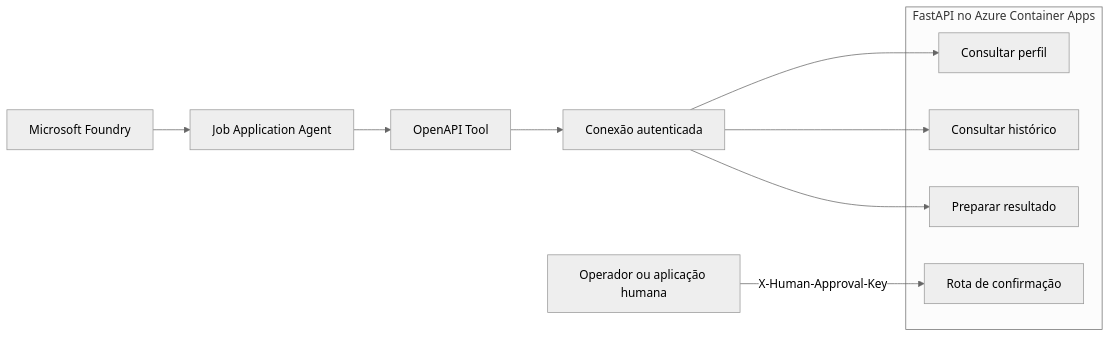
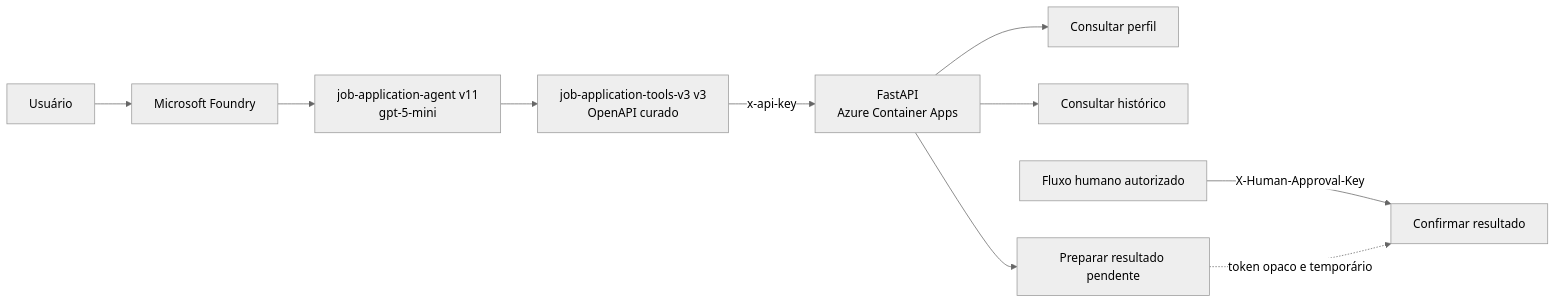
The diagram in README.md (rodrigueshenriq/job-tracker-api), drawn with Mermaid (neutral theme) before and after one commit. The commit also changed other lines of this file and 4 other files, not shown here.

````diff
--- a/README.md
+++ b/README.md
@@ -30,18 +25,14 @@
 ```mermaid
 flowchart LR
-    F[Microsoft Foundry] --> A[Job Application Agent]
-    A --> T[OpenAPI Tool]
-    T --> C[Conexão autenticada]
+    U[Usuário] --> F[Microsoft Foundry]
+    F --> A[job-application-agent v11<br/>gpt-5-mini]
+    A --> T[job-application-tools-v3 v3<br/>OpenAPI curado]
+    T -->|x-api-key| API[FastAPI<br/>Azure Container Apps]
 
-    subgraph API[FastAPI no Azure Container Apps]
-        P[Consultar perfil]
-        H[Consultar histórico]
-        R[Preparar resultado]
-        X[Rota de confirmação]
-    end
+    API --> P[Consultar perfil]
+    API --> H[Consultar histórico]
+    API --> R[Preparar resultado pendente]
 
-    C --> P
-    C --> H
-    C --> R
-    U[Operador ou aplicação humana] -->|X-Human-Approval-Key| X
+    O[Fluxo humano autorizado] -->|X-Human-Approval-Key| C[Confirmar resultado]
+    R -. token opaco e temporário .-> C
 ```
````
